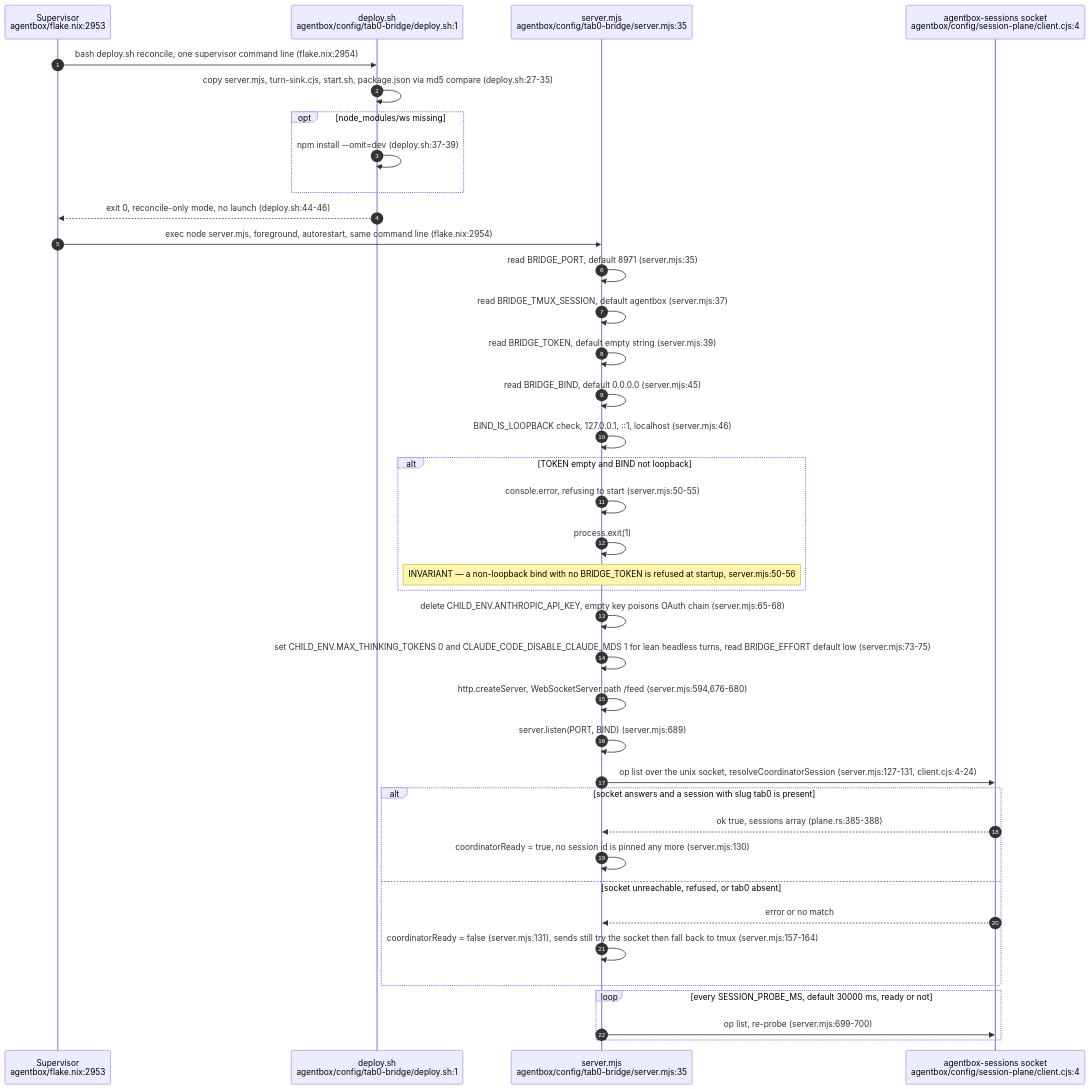
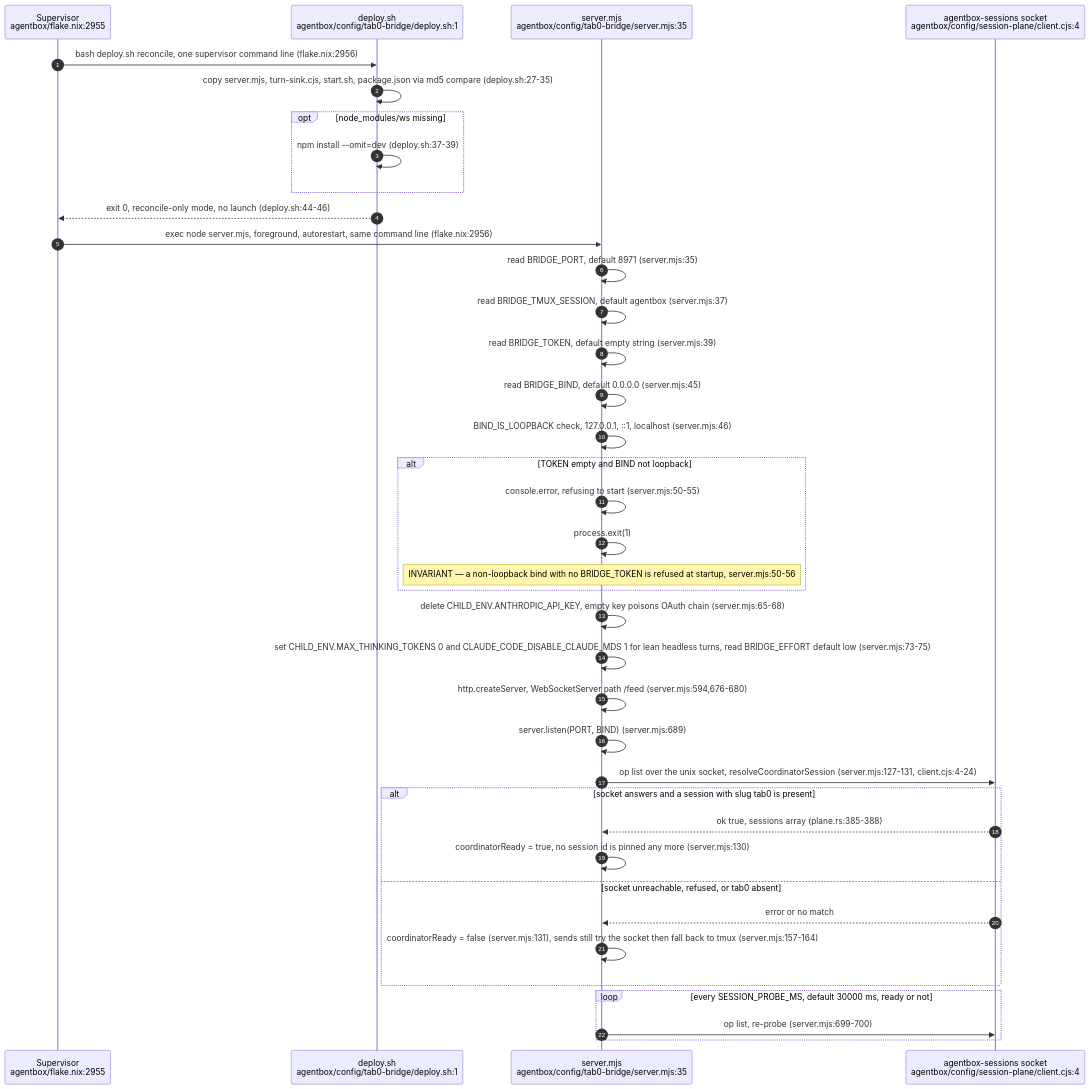
The first of 12 diagrams in docs/diagrams/agentbox/12-tab0-bridge-and-interaction-plane.md (DreamLab-AI/VisionFlow), drawn with Mermaid before and after one commit. The commit also changed other lines of this file and 173 other files, not shown here.

````diff
--- a/docs/diagrams/agentbox/12-tab0-bridge-and-interaction-plane.md
+++ b/docs/diagrams/agentbox/12-tab0-bridge-and-interaction-plane.md
@@ -53,41 +53,41 @@
 ```mermaid
 sequenceDiagram
     autonumber
-    participant Sup as Supervisor<br/>agentbox/flake.nix:2953
+    participant Sup as Supervisor<br/>agentbox/flake.nix:2955
     participant Dep as deploy.sh<br/>agentbox/config/tab0-bridge/deploy.sh:1
     participant Node as server.mjs<br/>agentbox/config/tab0-bridge/server.mjs:35
     participant Sock as agentbox-sessions socket<br/>agentbox/config/session-plane/client.cjs:4
 
-    Sup->>Dep: bash deploy.sh reconcile, one supervisor command line (flake.nix:2954)
+    Sup->>Dep: bash deploy.sh reconcile, one supervisor command line (flake.nix:2956)
     Dep->>Dep: copy server.mjs, turn-sink.cjs, start.sh, package.json via md5 compare (deploy.sh:27-35)
     opt node_modules/ws missing
         Dep->>Dep: npm install --omit=dev (deploy.sh:37-39)
     end
     Dep-->>Sup: exit 0, reconcile-only mode, no launch (deploy.sh:44-46)
-    Sup->>Node: exec node server.mjs, foreground, autorestart, same command line (flake.nix:2954)
+    Sup->>Node: exec node server.mjs, foreground, autorestart, same command line (flake.nix:2956)
     Node->>Node: read BRIDGE_PORT, default 8971 (server.mjs:35)
     Node->>Node: read BRIDGE_TMUX_SESSION, default agentbox (server.mjs:37)
     Node->>Node: read BRIDGE_TOKEN, default empty string (server.mjs:39)
     Node->>Node: read BRIDGE_BIND, default 0.0.0.0 (server.mjs:45)
     Node->>Node: BIND_IS_LOOPBACK check, 127.0.0.1, ::1, localhost (server.mjs:46)
     alt TOKEN empty and BIND not loopback
         Node->>Node: console.error, refusing to start (server.mjs:50-55)
         Node->>Node: process.exit(1)
         Note over Node: INVARIANT — a non-loopback bind with no BRIDGE_TOKEN is refused at startup, server.mjs:50-56
     end
     Node->>Node: delete CHILD_ENV.ANTHROPIC_API_KEY, empty key poisons OAuth chain (server.mjs:65-68)
     Node->>Node: set CHILD_ENV.MAX_THINKING_TOKENS 0 and CLAUDE_CODE_DISABLE_CLAUDE_MDS 1 for lean headless turns, read BRIDGE_EFFORT default low (server.mjs:73-75)
     Node->>Node: http.createServer, WebSocketServer path /feed (server.mjs:594,676-680)
     Node->>Node: server.listen(PORT, BIND) (server.mjs:689)
     Node->>Sock: op list over the unix socket, resolveCoordinatorSession (server.mjs:127-131, client.cjs:4-24)
     alt socket answers and a session with slug tab0 is present
         Sock-->>Node: ok true, sessions array (plane.rs:385-388)
         Node->>Node: coordinatorReady = true, no session id is pinned any more (server.mjs:130)
     else socket unreachable, refused, or tab0 absent
         Sock-->>Node: error or no match
         Node->>Node: coordinatorReady = false (server.mjs:131), sends still try the socket then fall back to tmux (server.mjs:157-164)
     end
     loop every SESSION_PROBE_MS, default 30000 ms, ready or not
         Node->>Sock: op list, re-probe (server.mjs:699-700)
     end
 ```
````
